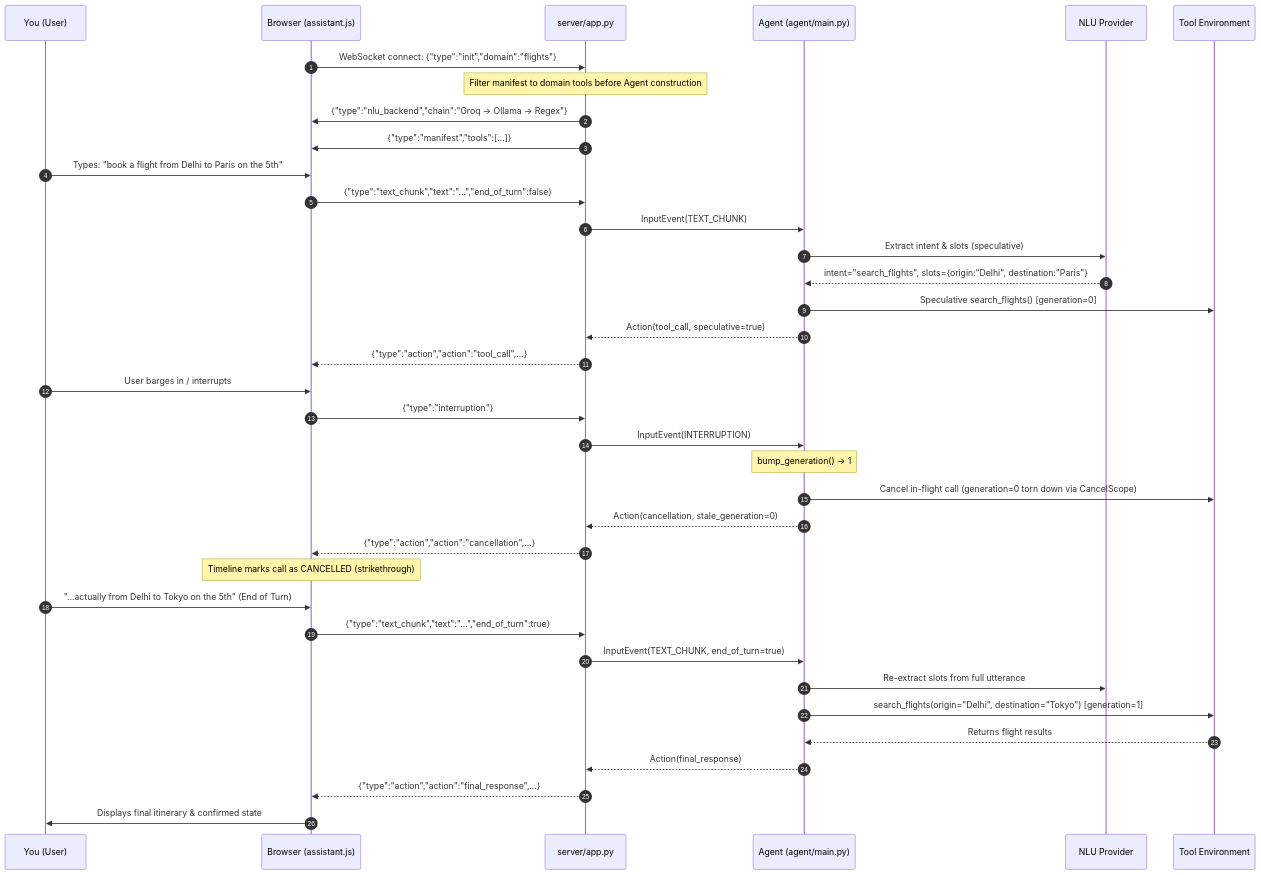
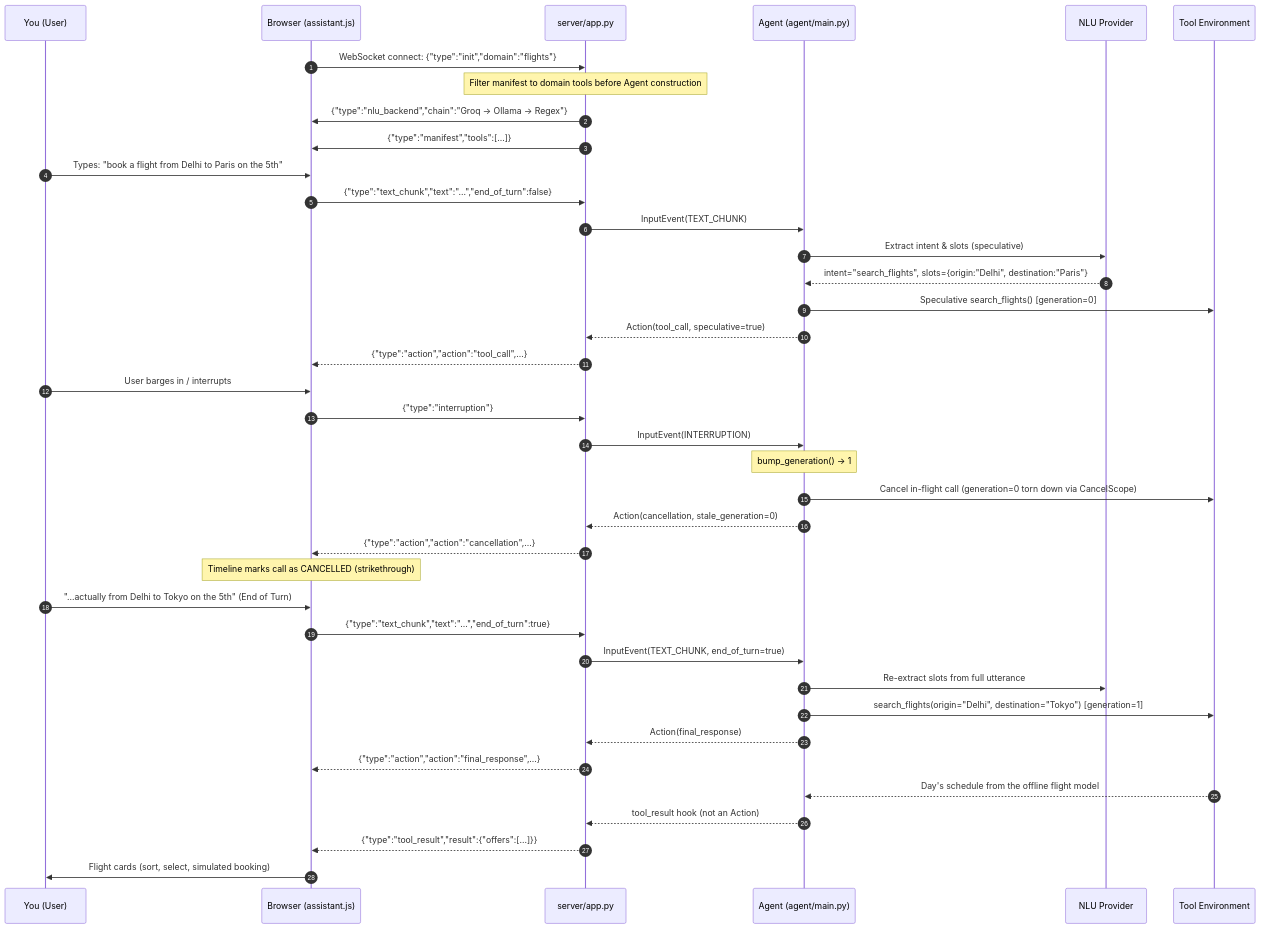
One commit to armanpanigrahi59/SamsungPrism_GenAI_Hackathon changed the third of 3 diagrams in README.md. Above: the diagram before and after it, drawn with Mermaid. The commit also changed other lines of this file and 43 other files, not shown here.

Commit message:
Airport explorer, full booking flow, world flight model, stale-server fix

````diff
--- a/README.md
+++ b/README.md
@@ -374,43 +414,45 @@
 ```mermaid
 sequenceDiagram
     autonumber
     participant You as You (User)
     participant Browser as Browser (assistant.js)
     participant Server as server/app.py
     participant Agent as Agent (agent/main.py)
     participant NLU as NLU Provider
     participant Tool as Tool Environment
 
     Browser->>Server: WebSocket connect: {"type":"init","domain":"flights"}
     Note over Server: Filter manifest to domain tools before Agent construction
     Server->>Browser: {"type":"nlu_backend","chain":"Groq -> Ollama -> Regex"}
     Server->>Browser: {"type":"manifest","tools":[...]}
 
     You->>Browser: Types: "book a flight from Delhi to Paris on the 5th"
     Browser->>Server: {"type":"text_chunk","text":"...","end_of_turn":false}
     Server->>Agent: InputEvent(TEXT_CHUNK)
     Agent->>NLU: Extract intent & slots (speculative)
     NLU-->>Agent: intent="search_flights", slots={origin:"Delhi", destination:"Paris"}
     Agent->>Tool: Speculative search_flights() [generation=0]
     Agent-->>Server: Action(tool_call, speculative=true)
     Server-->>Browser: {"type":"action","action":"tool_call",...}
 
     You->>Browser: User barges in / interrupts
     Browser->>Server: {"type":"interruption"}
     Server->>Agent: InputEvent(INTERRUPTION)
     Note over Agent: bump_generation() -> 1
     Agent->>Tool: Cancel in-flight call (generation=0 torn down via CancelScope)
     Agent-->>Server: Action(cancellation, stale_generation=0)
     Server-->>Browser: {"type":"action","action":"cancellation",...}
     Note over Browser: Timeline marks call as CANCELLED (strikethrough)
 
     You->>Browser: "...actually from Delhi to Tokyo on the 5th" (End of Turn)
     Browser->>Server: {"type":"text_chunk","text":"...","end_of_turn":true}
     Server->>Agent: InputEvent(TEXT_CHUNK, end_of_turn=true)
     Agent->>NLU: Re-extract slots from full utterance
     Agent->>Tool: search_flights(origin="Delhi", destination="Tokyo") [generation=1]
-    Tool-->>Agent: Returns flight results
     Agent-->>Server: Action(final_response)
     Server-->>Browser: {"type":"action","action":"final_response",...}
-    Browser->>You: Displays final itinerary & confirmed state
+    Tool-->>Agent: Day's schedule from the offline flight model
+    Agent-->>Server: tool_result hook (not an Action)
+    Server-->>Browser: {"type":"tool_result","result":{"offers":[...]}}
+    Browser->>You: Flight cards (sort, select, simulated booking)
 ```
````
